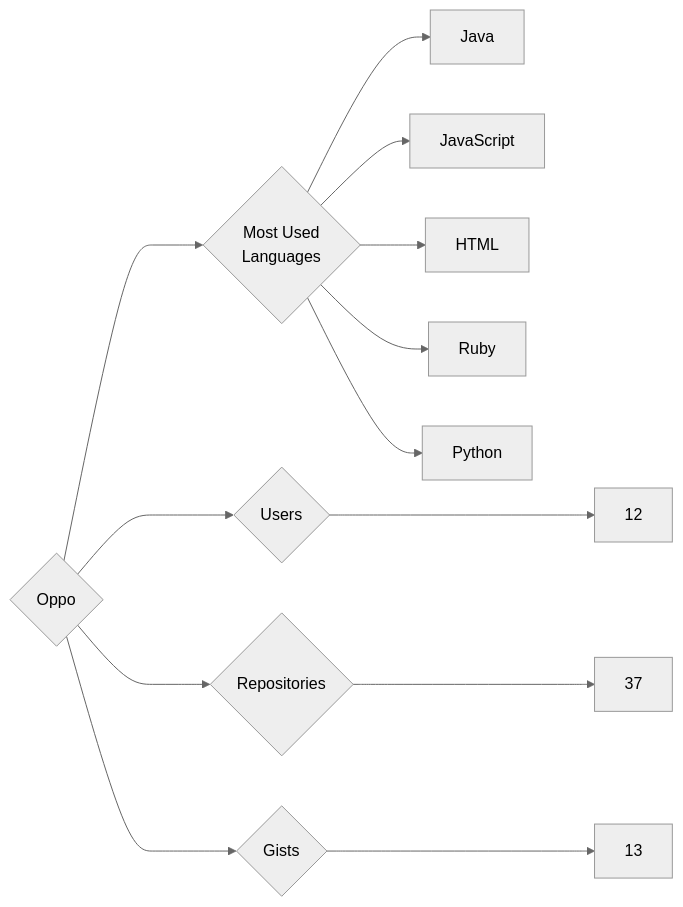
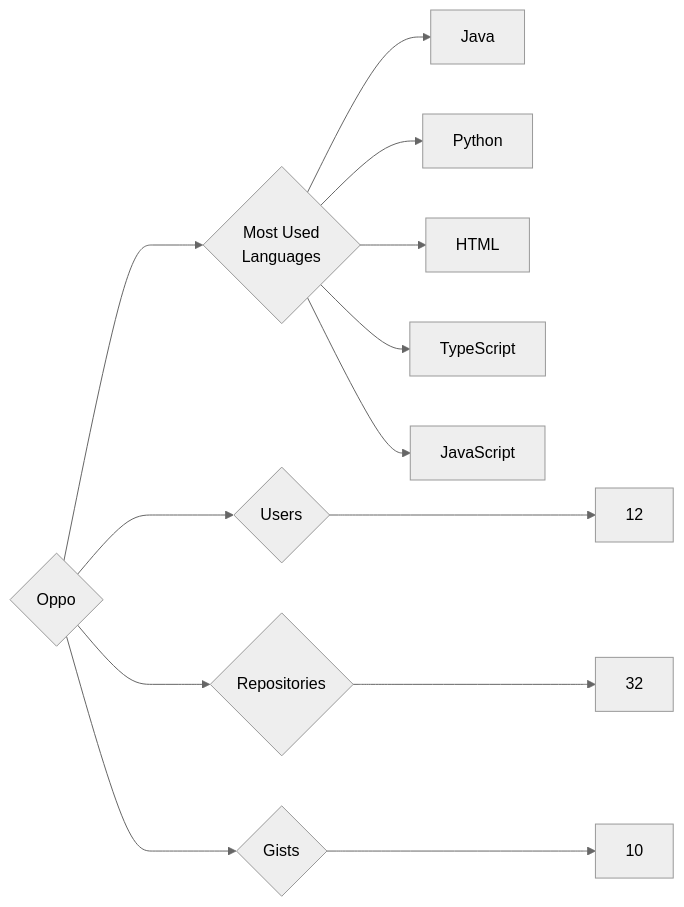
Before and after one commit to trickest/insiders: the diagram in targets/Oppo/README.md, drawn with Mermaid (neutral theme). The commit also changed 1508 other files, not shown here.

````diff
--- a/targets/Oppo/README.md
+++ b/targets/Oppo/README.md
@@ -3,13 +3,13 @@
 ```mermaid
 graph LR
 COMPANY_NAME{Oppo}
 COMPANY_NAME ---> U{Users} ---> UN[12]
-COMPANY_NAME ---> R{Repositories} ---> RN[37]
-COMPANY_NAME ---> G{Gists} ---> GN[13]
+COMPANY_NAME ---> R{Repositories} ---> RN[32]
+COMPANY_NAME ---> G{Gists} ---> GN[10]
 COMPANY_NAME ---> ML{Most Used<br>Languages}
 ML --> Java[Java]
+ML --> Python[Python]
+ML --> HTML[HTML]
+ML --> TypeScript[TypeScript]
 ML --> JavaScript[JavaScript]
-ML --> HTML[HTML]
-ML --> Ruby[Ruby]
-ML --> Python[Python]
 ```
````
